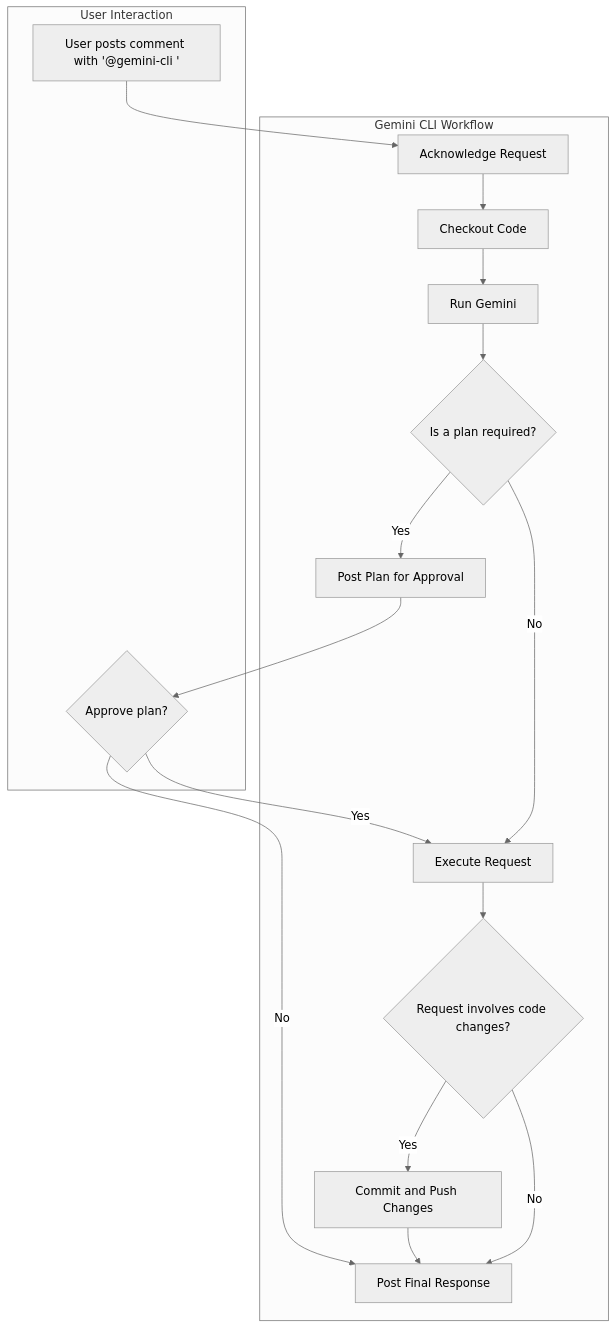
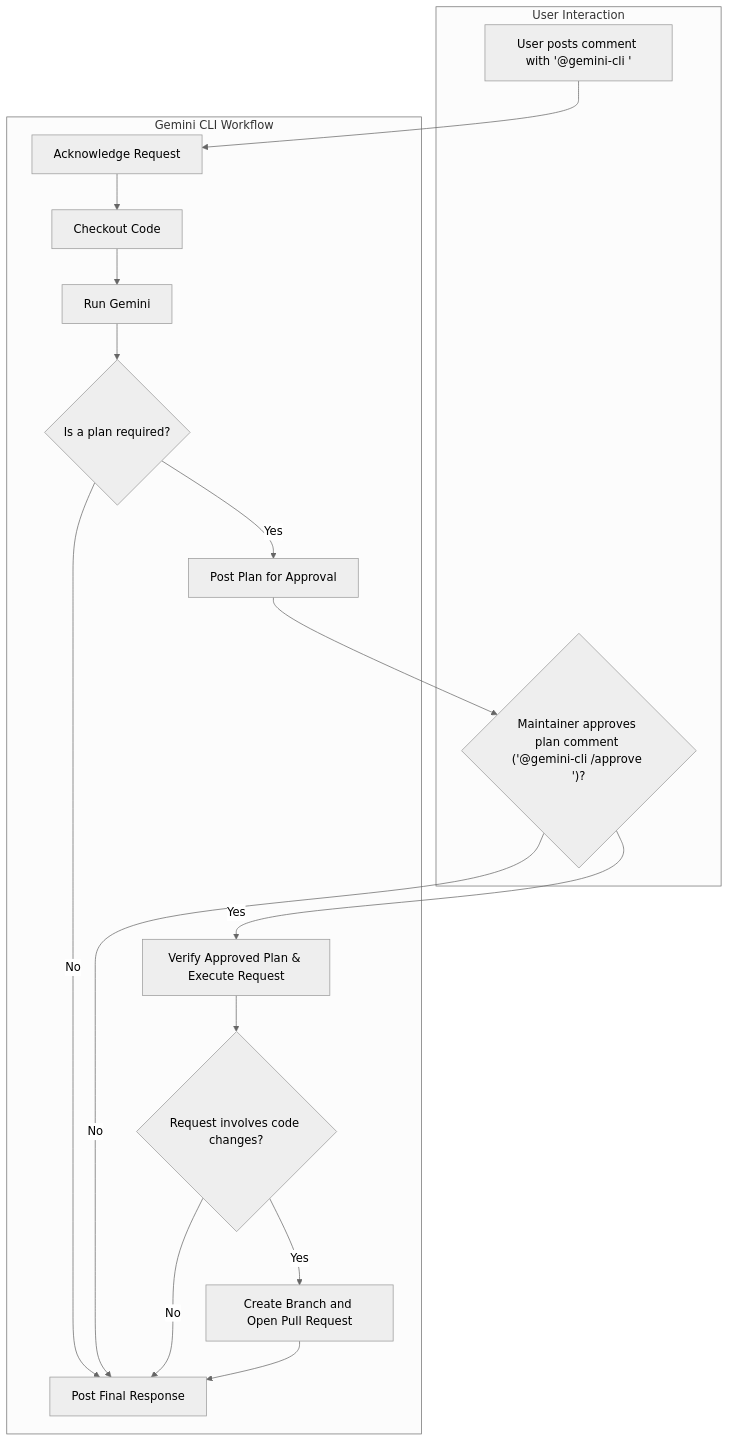
Before and after one commit to google-github-actions/run-gemini-cli: the diagram in examples/workflows/gemini-assistant/README.md, drawn with Mermaid (neutral theme). The commit also changed other lines of this file and 17 other files, not shown here.

First line of the commit message:
fix(security): bind /approve plan execution to verified comment and prune excess MCP tools (#541)

````diff
--- a/examples/workflows/gemini-assistant/README.md
+++ b/examples/workflows/gemini-assistant/README.md
@@ -100,33 +100,33 @@
 ```mermaid
 flowchart TD
     subgraph "User Interaction"
         A[User posts comment with '@gemini-cli <request>']
-        F{Approve plan?}
+        F{"Maintainer approves plan comment ('@gemini-cli /approve <url-or-id>')?"}
     end
 
     subgraph "Gemini CLI Workflow"
         B[Acknowledge Request]
         C[Checkout Code]
         D[Run Gemini]
         E{Is a plan required?}
         G[Post Plan for Approval]
-        H[Execute Request]
+        H[Verify Approved Plan & Execute Request]
         I{Request involves code changes?}
-        J[Commit and Push Changes]
+        J[Create Branch and Open Pull Request]
         K[Post Final Response]
     end
 
     A --> B
     B --> C
     C --> D
     D --> E
     E -- Yes --> G
     G --> F
     F -- Yes --> H
     F -- No --> K
-    E -- No --> H
+    E -- No --> K
     H --> I
     I -- Yes --> J
     J --> K
     I -- No --> K
 ```
````
